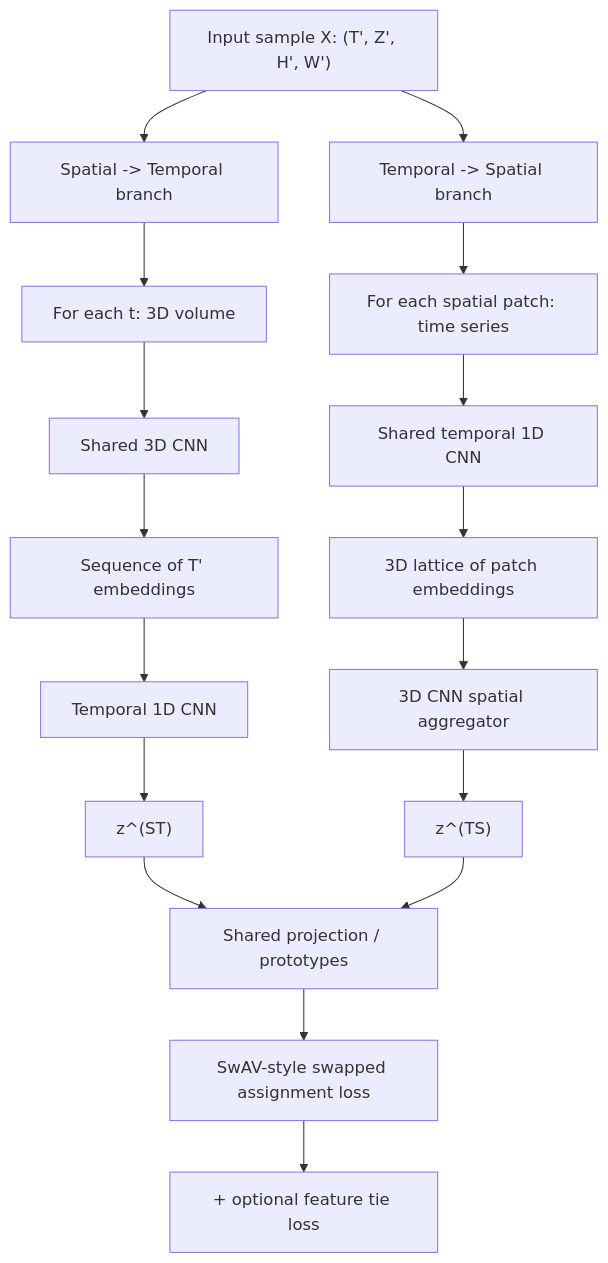
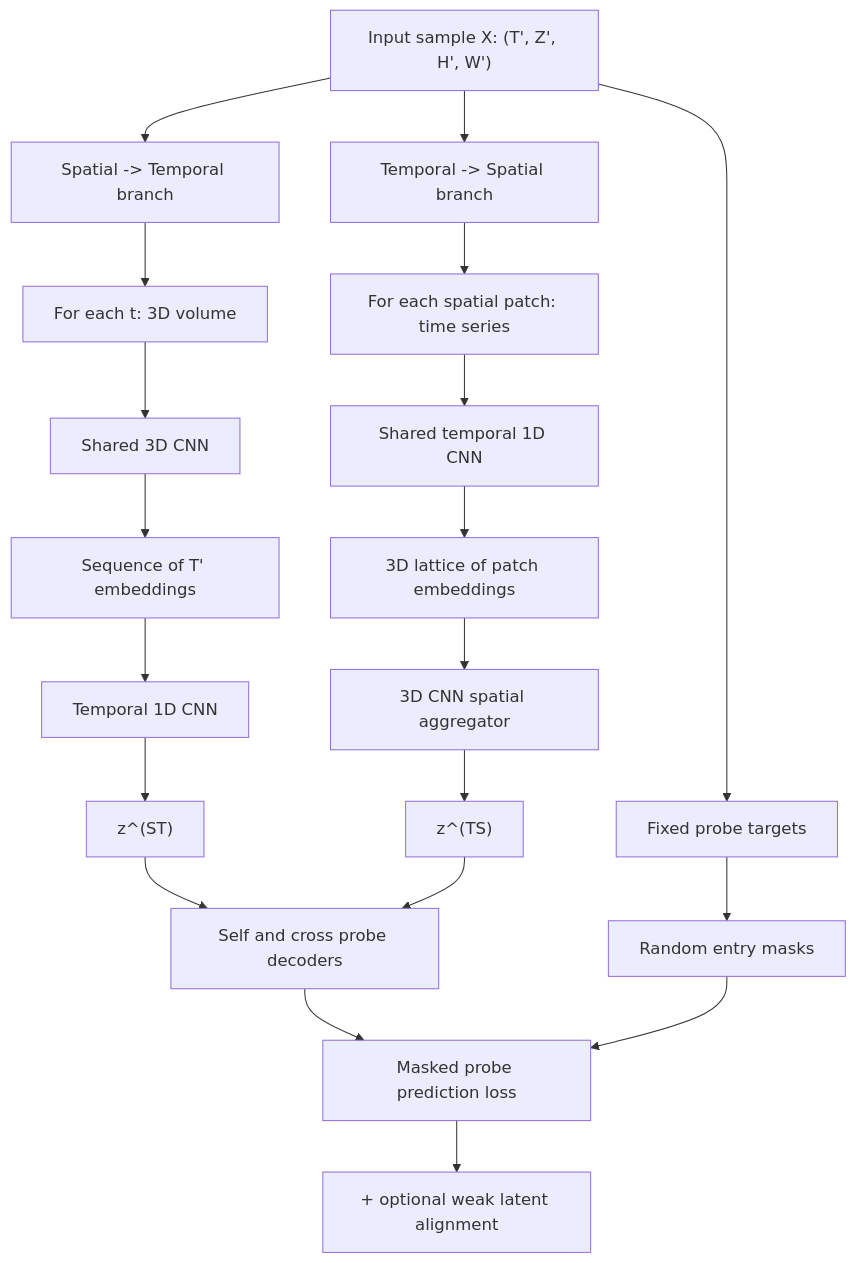
Before and after one commit to fabriziocosta/ZebraFish: the diagram in docs/figures.md, drawn with Mermaid. The commit also changed 21 other files, not shown here.

````diff
--- a/docs/figures.md
+++ b/docs/figures.md
@@ -5,24 +5,27 @@
 ```mermaid
 flowchart TD
     X["Input sample X: (T', Z', H', W')"]
 
     X --> ST0["Spatial -> Temporal branch"]
     X --> TS0["Temporal -> Spatial branch"]
 
     ST0 --> ST1["For each t: 3D volume"]
     ST1 --> ST2["Shared 3D CNN"]
     ST2 --> ST3["Sequence of T' embeddings"]
     ST3 --> ST4["Temporal 1D CNN"]
     ST4 --> ZST["z^(ST)"]
 
     TS0 --> TS1["For each spatial patch: time series"]
     TS1 --> TS2["Shared temporal 1D CNN"]
     TS2 --> TS3["3D lattice of patch embeddings"]
     TS3 --> TS4["3D CNN spatial aggregator"]
     TS4 --> ZTS["z^(TS)"]
 
-    ZST --> P["Shared projection / prototypes"]
-    ZTS --> P
-    P --> L1["SwAV-style swapped assignment loss"]
-    L1 --> L2["+ optional feature tie loss"]
+    ZST --> DA["Self and cross probe decoders"]
+    ZTS --> DA
+    X --> PT["Fixed probe targets"]
+    PT --> M["Random entry masks"]
+    DA --> L1["Masked probe prediction loss"]
+    M --> L1
+    L1 --> L2["+ optional weak latent alignment"]
 ```
````
